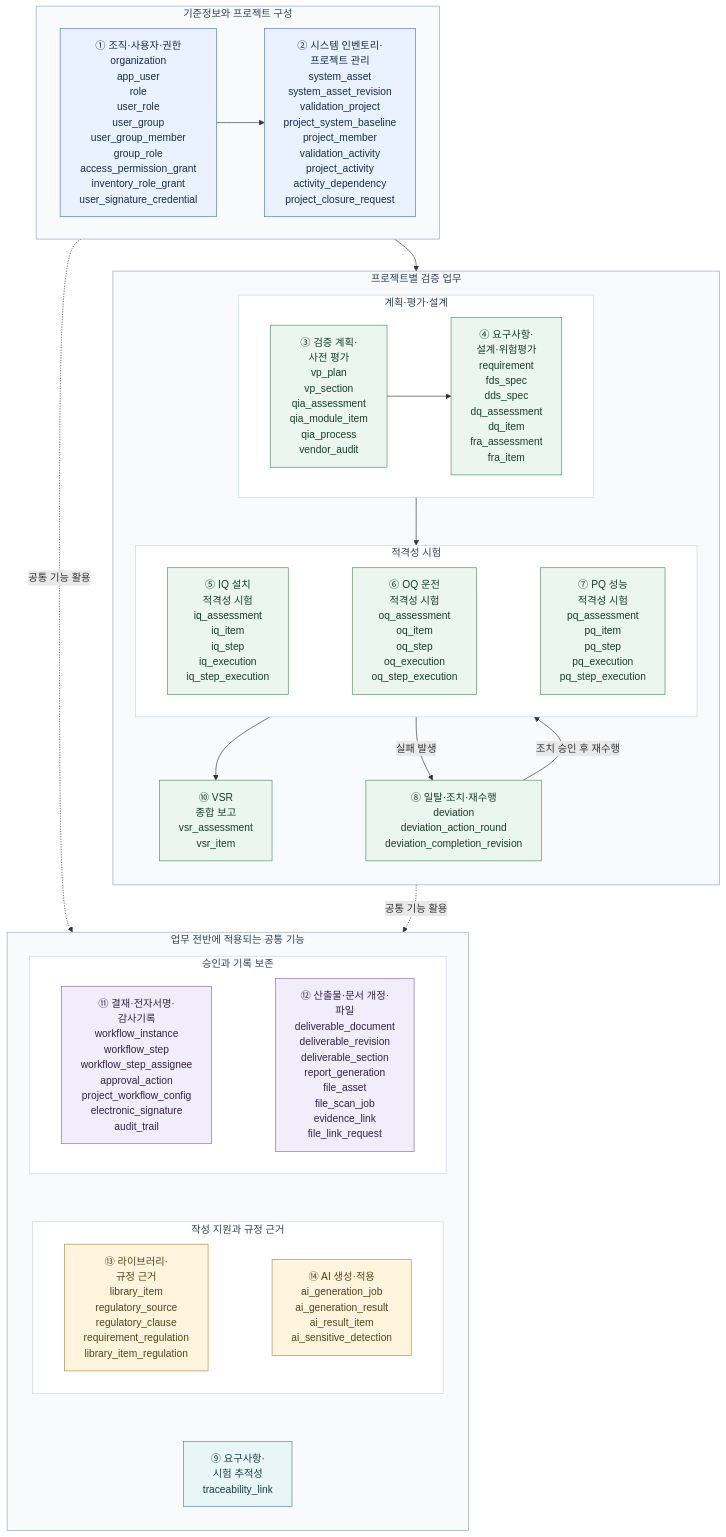
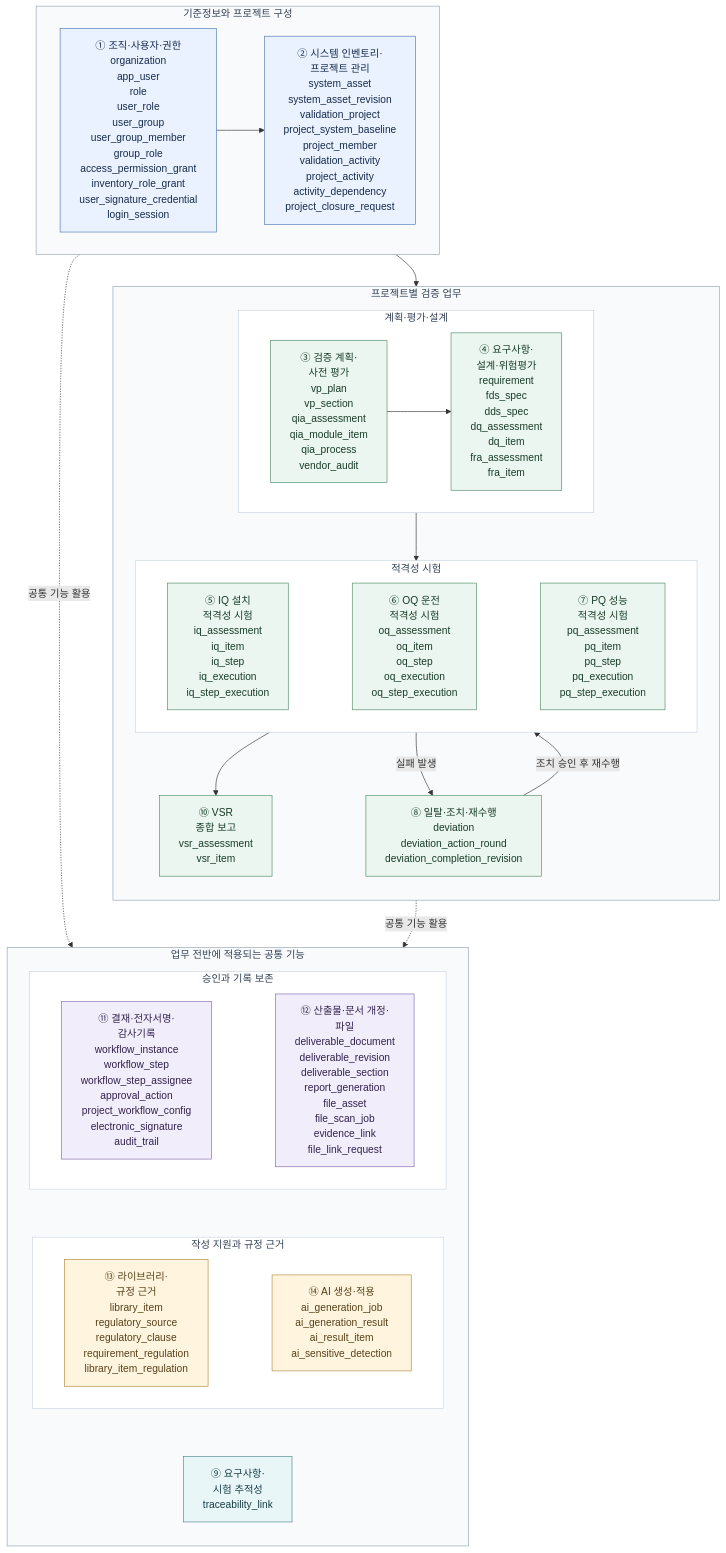
The diagram in docs/erd-overview.md (kmh52826-collab/Korean-Enterprise-Knowledge-Base-Design), drawn with Mermaid before and after one commit. The commit also changed other lines of this file, not shown here.

```diff
--- a/docs/erd-overview.md
+++ b/docs/erd-overview.md
@@ -22,7 +22,8 @@
 group_role
 access_permission_grant
 inventory_role_grant
-user_signature_credential"]
+user_signature_credential
+login_session"]
         PROJECT["② 시스템 인벤토리·<br/>프로젝트 관리
 system_asset
 system_asset_revision
```
